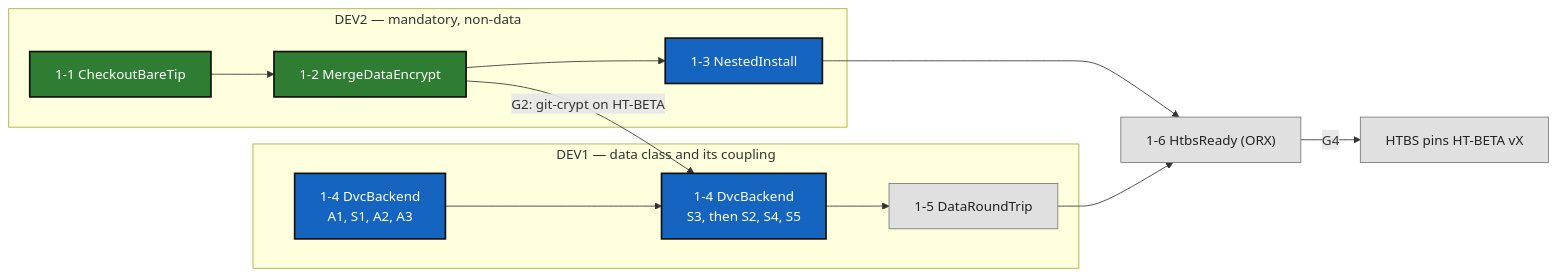
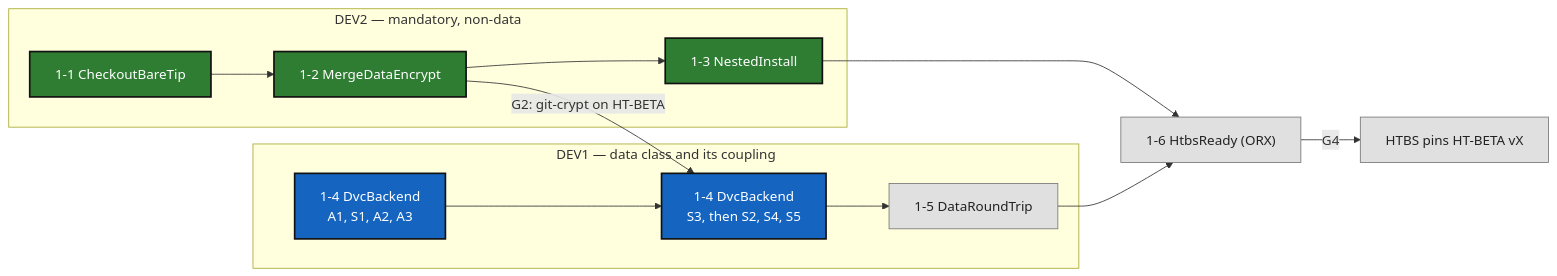
Before and after one commit to flipoyo/.dev: the diagram in DevTickets/Roadmap/HTBS_Roadmap.md, drawn with Mermaid. The commit also changed other lines of this file and 9 other files, not shown here.

````diff
--- a/DevTickets/Roadmap/HTBS_Roadmap.md
+++ b/DevTickets/Roadmap/HTBS_Roadmap.md
@@ -26,20 +26,20 @@
 ```mermaid
 graph LR
     subgraph DEV2["DEV2 — mandatory, non-data"]
         C["1-1 CheckoutBareTip"] --> M["1-2 MergeDataEncrypt"] --> N["1-3 NestedInstall"]
     end
     subgraph DEV1["DEV1 — data class and its coupling"]
         V1["1-4 DvcBackend<br/>A1, S1, A2, A3"] --> V3["1-4 DvcBackend<br/>S3, then S2, S4, S5"] --> R["1-5 DataRoundTrip"]
     end
     M -->|"G2: git-crypt on HT-BETA"| V3
     N --> H["1-6 HtbsReady (ORX)"]
     R --> H
     H -->|"G4"| P["HTBS pins HT-BETA vX"]
 
     classDef done fill:#2E7D32,color:#fff,stroke:#111,stroke-width:2px;
     classDef ready fill:#1565C0,color:#fff,stroke:#111,stroke-width:2px;
     classDef waiting fill:#E0E0E0,color:#222,stroke:#777,stroke-width:1px;
-    class C,M done;
-    class N,V1,V3 ready;
+    class C,M,N done;
+    class V1,V3 ready;
     class R,H,P waiting;
 ```
````
